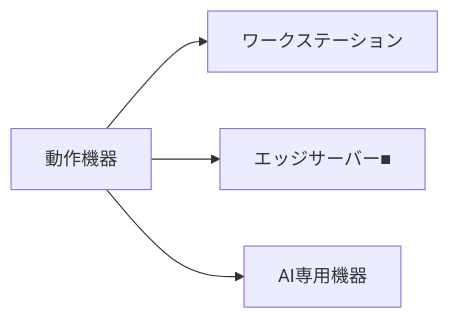
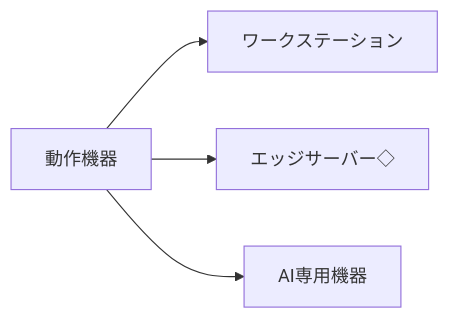
The eighth of 14 diagrams in README.md (SparklingDetergent/doc_genai_Using_Generative_AI_with_Mac_Mini_-Introduction-), drawn with Mermaid before and after one commit. The commit also changed other lines of this file, not shown here.

````diff
--- a/README.md
+++ b/README.md
@@ -169,6 +169,6 @@
 ```mermaid
 graph LR
     A[動作機器] --> B[ワークステーション]
-    A --> C[エッジサーバー■]
+    A --> C[エッジサーバー◇]
     A --> D[AI専用機器]
 ```
````
